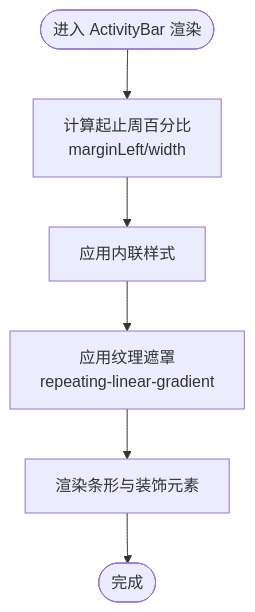
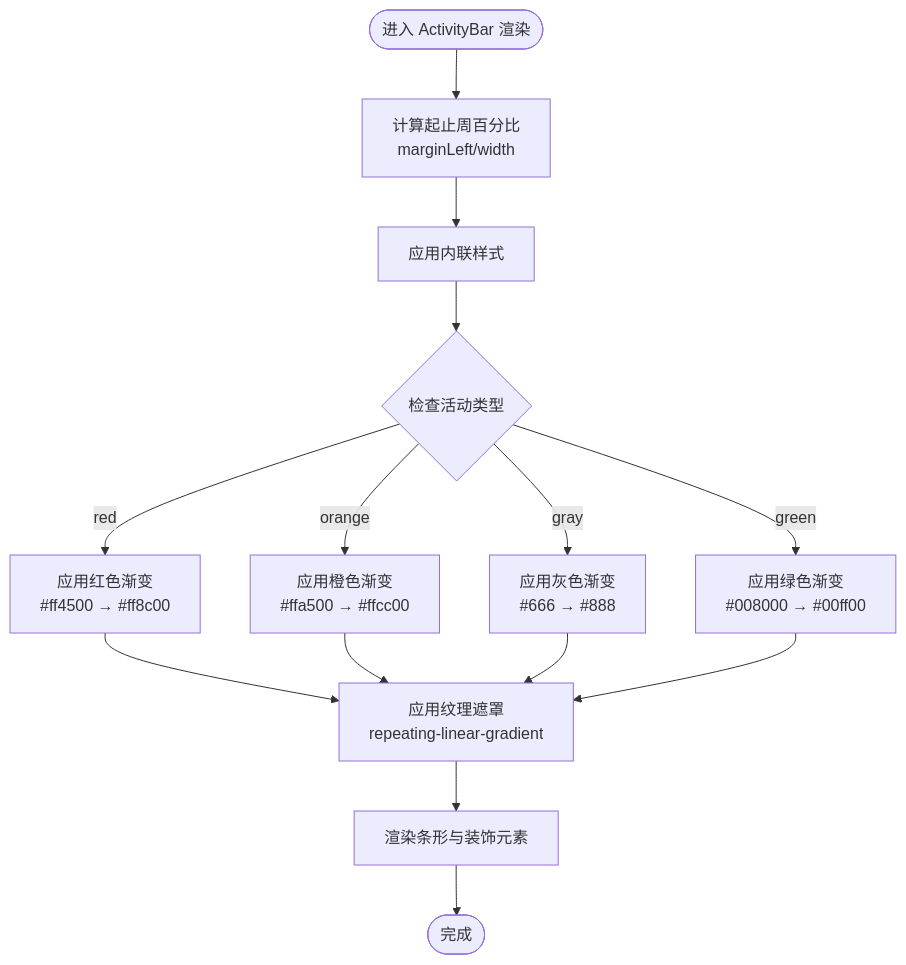
Before and after one commit to xuanyulingnfeg/gameCalendar: the third of 5 diagrams in .qoder/repowiki/zh/content/样式系统.md, drawn with Mermaid. The commit also changed other lines of this file and 9 other files, not shown here.

````diff
--- a/.qoder/repowiki/zh/content/样式系统.md
+++ b/.qoder/repowiki/zh/content/样式系统.md
@@ -183,8 +184,16 @@
 ```mermaid
 flowchart TD
 Start(["进入 ActivityBar 渲染"]) --> Calc["计算起止周百分比<br/>marginLeft/width"]
 Calc --> ApplyInline["应用内联样式"]
-ApplyInline --> Texture["应用纹理遮罩<br/>repeating-linear-gradient"]
+ApplyInline --> TypeCheck{"检查活动类型"}
+TypeCheck --> |red| RedStyle["应用红色渐变<br/>#ff4500 → #ff8c00"]
+TypeCheck --> |orange| OrangeStyle["应用橙色渐变<br/>#ffa500 → #ffcc00"]
+TypeCheck --> |gray| GrayStyle["应用灰色渐变<br/>#666 → #888"]
+TypeCheck --> |green| GreenStyle["应用绿色渐变<br/>#008000 → #00ff00"]
+RedStyle --> Texture["应用纹理遮罩<br/>repeating-linear-gradient"]
+OrangeStyle --> Texture
+GrayStyle --> Texture
+GreenStyle --> Texture
 Texture --> Render["渲染条形与装饰元素"]
 Render --> End(["完成"])
 ```
````
